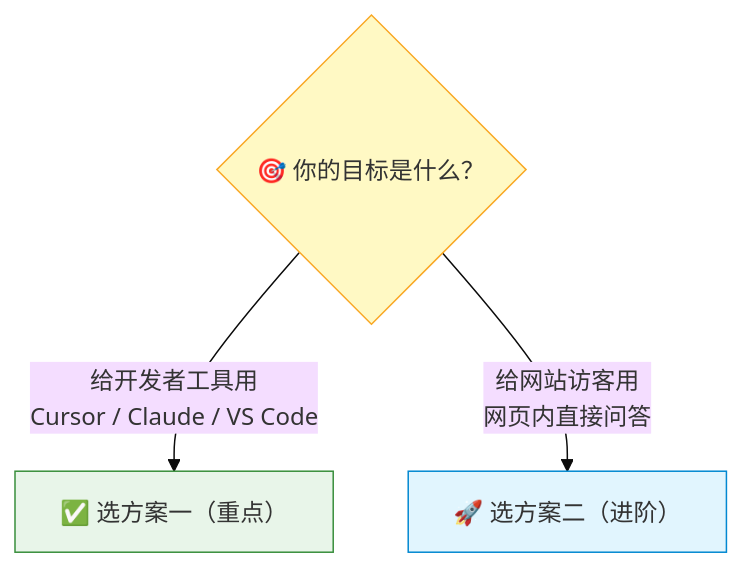
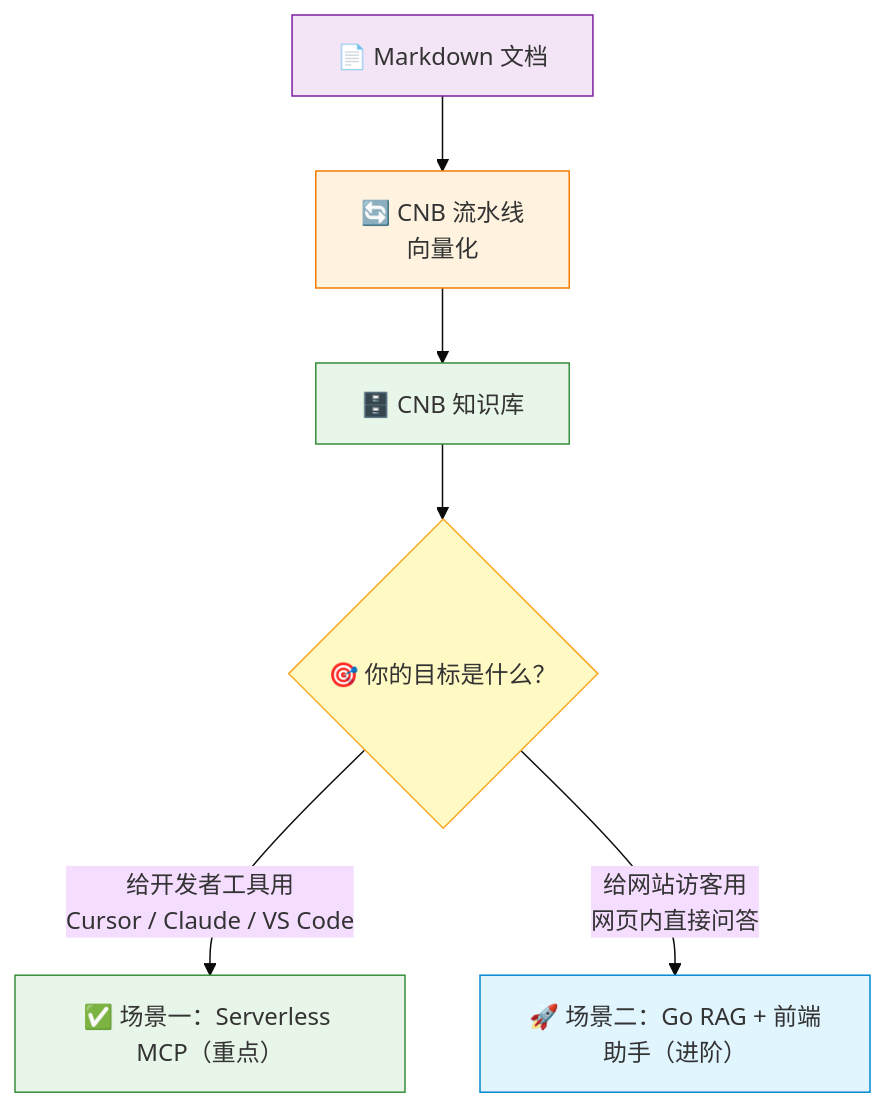
The diagram in features/solutions.md (Mintimate/vector-mcp-edge), drawn with Mermaid (base theme) before and after one commit. The commit also changed other lines of this file and 7 other files, not shown here.

````diff
--- a/features/solutions.md
+++ b/features/solutions.md
@@ -7,10 +7,16 @@
 ```mermaid
 flowchart TD
-    Q{"🎯 你的目标是什么？"}
-    Q -->|给开发者工具用<br/>Cursor / Claude / VS Code| A["✅ 选方案一（重点）"]
-    Q -->|给网站访客用<br/>网页内直接问答| B["🚀 选方案二（进阶）"]
+    K["📄 Markdown 文档"] --> V["🔄 CNB 流水线<br/>向量化"]
+    V --> DB["🗄️ CNB 知识库"]
 
+    DB --> Q{"🎯 你的目标是什么？"}
+    Q -->|给开发者工具用<br/>Cursor / Claude / VS Code| A["✅ 场景一：Serverless MCP（重点）"]
+    Q -->|给网站访客用<br/>网页内直接问答| B["🚀 场景二：Go RAG + 前端助手（进阶）"]
+
+    style K fill:#f3e5f5,stroke:#7b1fa2
+    style V fill:#fff3e0,stroke:#f57c00
+    style DB fill:#e8f5e9,stroke:#388e3c
     style Q fill:#fff9c4,stroke:#f9a825
     style A fill:#e8f5e9,stroke:#388e3c
     style B fill:#e1f5fe,stroke:#0288d1
 ```
````
